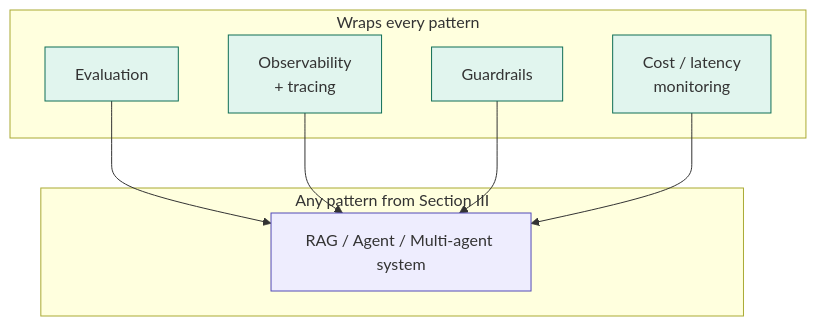
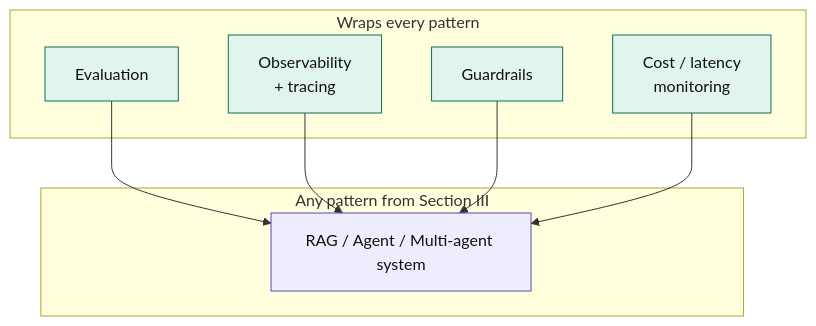
One commit to kkadapa/ai-architecture-primer changed the first of 3 diagrams in sections/05-production-operations.md. Above: the diagram before and after it, drawn with Mermaid. The commit also changed other lines of this file and 6 other files, not shown here.

First line of the commit message:
Fix Mermaid dark-mode contrast and add diagram previews to README

````diff
--- a/sections/05-production-operations.md
+++ b/sections/05-production-operations.md
@@ -13,22 +13,22 @@
 ```mermaid
 flowchart TB
     subgraph core [" Any pattern from Section III "]
         SYS["RAG / Agent / Multi-agent system"]
     end
     subgraph ops [" Wraps every pattern "]
         EVAL["Evaluation"]
         OBS["Observability\n+ tracing"]
         GUARD["Guardrails"]
         MON["Cost / latency\nmonitoring"]
     end
     EVAL --> SYS
     OBS --> SYS
     GUARD --> SYS
     MON --> SYS
 
-    style SYS fill:#EEEDFE,stroke:#534AB7,stroke-width:1px
-    style EVAL fill:#E1F5EE,stroke:#0F6E56,stroke-width:1px
-    style OBS fill:#E1F5EE,stroke:#0F6E56,stroke-width:1px
-    style GUARD fill:#E1F5EE,stroke:#0F6E56,stroke-width:1px
-    style MON fill:#E1F5EE,stroke:#0F6E56,stroke-width:1px
+    style SYS fill:#EEEDFE,stroke:#534AB7,stroke-width:1px,color:#111111
+    style EVAL fill:#E1F5EE,stroke:#0F6E56,stroke-width:1px,color:#111111
+    style OBS fill:#E1F5EE,stroke:#0F6E56,stroke-width:1px,color:#111111
+    style GUARD fill:#E1F5EE,stroke:#0F6E56,stroke-width:1px,color:#111111
+    style MON fill:#E1F5EE,stroke:#0F6E56,stroke-width:1px,color:#111111
 ```
````
